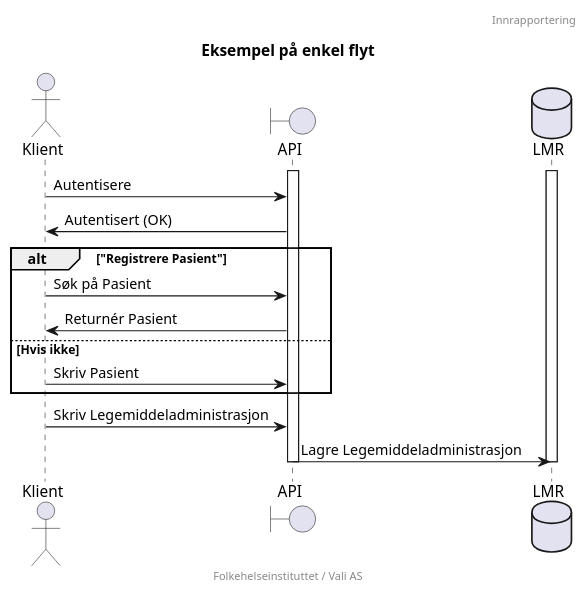
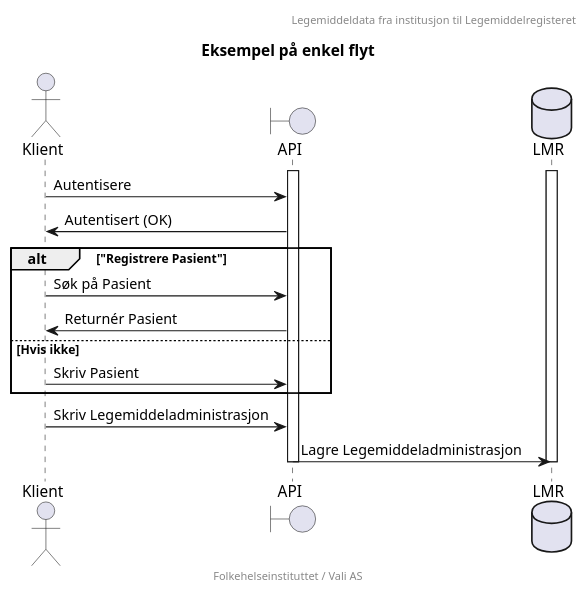
Before and after one commit to HL7Norway/LMDI: the diagram in modeller/flyt-enkel-1.plantuml, drawn with PlantUML. The commit also changed 1 other file, not shown here.

```diff
--- a/modeller/flyt-enkel-1.plantuml
+++ b/modeller/flyt-enkel-1.plantuml
@@ -1,30 +1,30 @@
 @startuml
 
 skinparam Shadowing false
 
-header Innrapportering
 title "Eksempel på enkel flyt"
-footer Folkehelseinstituttet / Vali AS
+header "Legemiddeldata fra institusjon til Legemiddelregisteret"
+footer "Folkehelseinstituttet / Vali AS"
 
 actor Klient
 boundary API
 database  LMR
 
 activate API
 Klient -> API : Autentisere
 API -> Klient : Autentisert (OK)
 
 alt "Registrere Pasient"
 Klient -> API : Søk på Pasient
 API -> Klient : Returnér Pasient
 else Hvis ikke
 Klient -> API : Skriv Pasient
 end
 
 activate LMR
 Klient -> API : Skriv Legemiddeladministrasjon
 API -> LMR : Lagre Legemiddeladministrasjon
 deactivate API
 deactivate LMR
 
 @enduml
```
